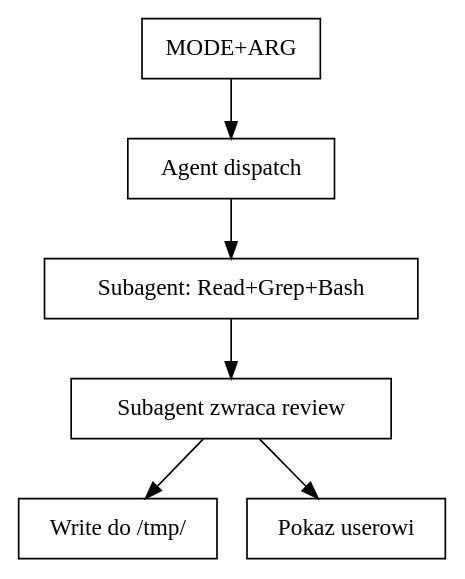
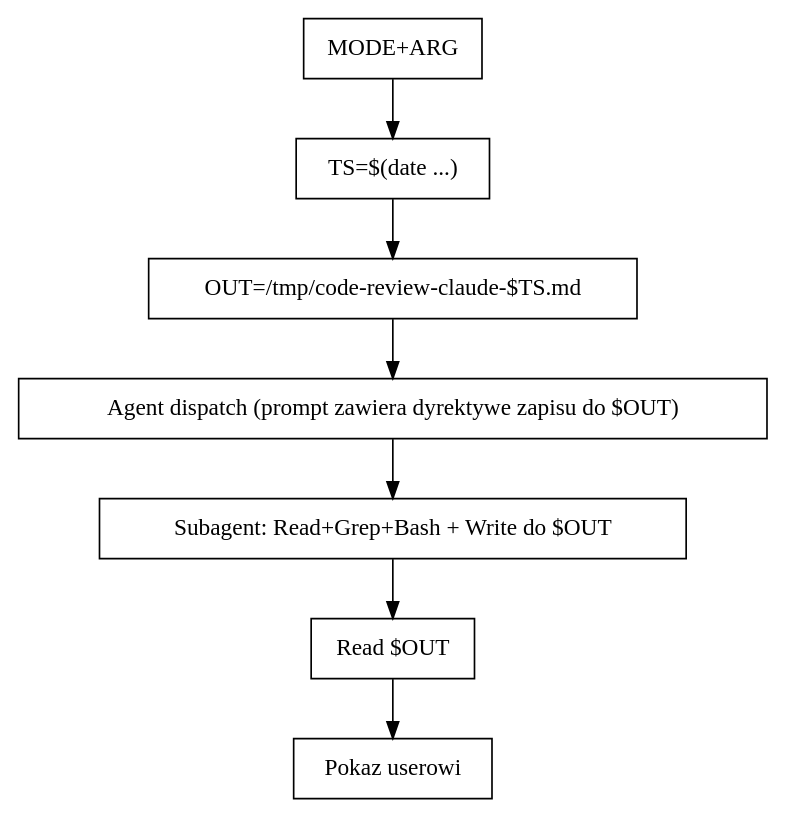
The diagram in plugins/code-review-external/skills/code-review-claude/SKILL.md (iplweb/claude-skills), drawn with Graphviz before and after one commit. The commit also changed other lines of this file and 6 other files, not shown here.

````diff
--- a/plugins/code-review-external/skills/code-review-claude/SKILL.md
+++ b/plugins/code-review-external/skills/code-review-claude/SKILL.md
@@ -51,16 +32,18 @@
 ```dot
 digraph flow {
   "MODE+ARG" [shape=box];
-  "Agent dispatch" [shape=box];
-  "Subagent: Read+Grep+Bash" [shape=box];
-  "Subagent zwraca review" [shape=box];
-  "Write do /tmp/" [shape=box];
+  "TS=$(date ...)" [shape=box];
+  "OUT=/tmp/code-review-claude-$TS.md" [shape=box];
+  "Agent dispatch (prompt zawiera dyrektywe zapisu do $OUT)" [shape=box];
+  "Subagent: Read+Grep+Bash + Write do $OUT" [shape=box];
+  "Read $OUT" [shape=box];
   "Pokaz userowi" [shape=box];
 
-  "MODE+ARG" -> "Agent dispatch";
-  "Agent dispatch" -> "Subagent: Read+Grep+Bash";
-  "Subagent: Read+Grep+Bash" -> "Subagent zwraca review";
-  "Subagent zwraca review" -> "Write do /tmp/";
-  "Subagent zwraca review" -> "Pokaz userowi";
+  "MODE+ARG" -> "TS=$(date ...)";
+  "TS=$(date ...)" -> "OUT=/tmp/code-review-claude-$TS.md";
+  "OUT=/tmp/code-review-claude-$TS.md" -> "Agent dispatch (prompt zawiera dyrektywe zapisu do $OUT)";
+  "Agent dispatch (prompt zawiera dyrektywe zapisu do $OUT)" -> "Subagent: Read+Grep+Bash + Write do $OUT";
+  "Subagent: Read+Grep+Bash + Write do $OUT" -> "Read $OUT";
+  "Read $OUT" -> "Pokaz userowi";
 }
 ```
````
